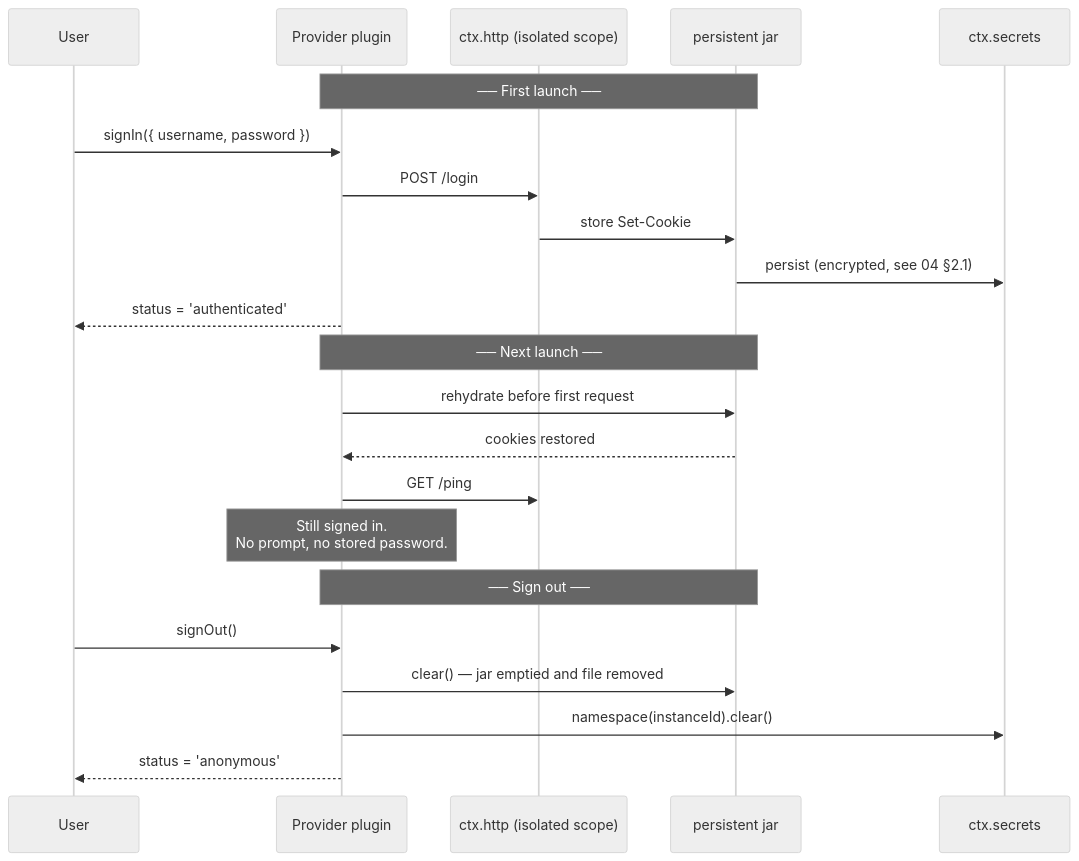
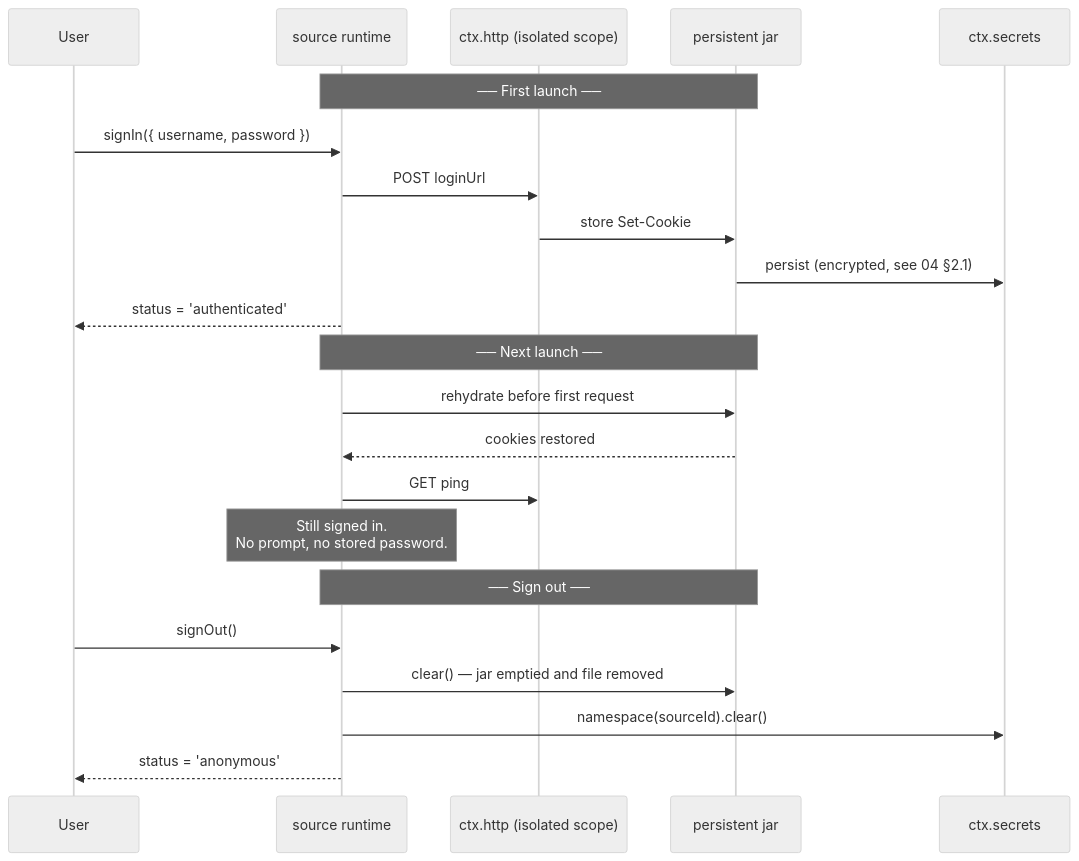
One commit to BBeBeeX/B_Be_Bee_X changed the third of 4 diagrams in docs/06-music-sources.md. Above: the diagram before and after it, drawn with Mermaid (neutral theme). The commit also changed other lines of this file and 11 other files, not shown here.

First line of the commit message:
Refine M1 roadmap and documentation for music sources

````diff
--- a/docs/06-music-sources.md
+++ b/docs/06-music-sources.md
@@ -319,27 +681,27 @@
 ```mermaid
 sequenceDiagram
     participant U as User
-    participant P as Provider plugin
+    participant R as source runtime
     participant H as ctx.http (isolated scope)
     participant J as persistent jar
     participant S as ctx.secrets
 
-    Note over P,J: ── First launch ──
-    U->>P: signIn({ username, password })
-    P->>H: POST /login
+    Note over R,J: ── First launch ──
+    U->>R: signIn({ username, password })
+    R->>H: POST loginUrl
     H->>J: store Set-Cookie
     J->>S: persist (encrypted, see 04 §2.1)
-    P-->>U: status = 'authenticated'
+    R-->>U: status = 'authenticated'
 
-    Note over P,J: ── Next launch ──
-    P->>J: rehydrate before first request
-    J-->>P: cookies restored
-    P->>H: GET /ping
-    Note over P: Still signed in.<br/>No prompt, no stored password.
+    Note over R,J: ── Next launch ──
+    R->>J: rehydrate before first request
+    J-->>R: cookies restored
+    R->>H: GET ping
+    Note over R: Still signed in.<br/>No prompt, no stored password.
 
-    Note over P,J: ── Sign out ──
-    U->>P: signOut()
-    P->>J: clear() — jar emptied and file removed
-    P->>S: namespace(instanceId).clear()
-    P-->>U: status = 'anonymous'
+    Note over R,J: ── Sign out ──
+    U->>R: signOut()
+    R->>J: clear() — jar emptied and file removed
+    R->>S: namespace(sourceId).clear()
+    R-->>U: status = 'anonymous'
 ```
````
